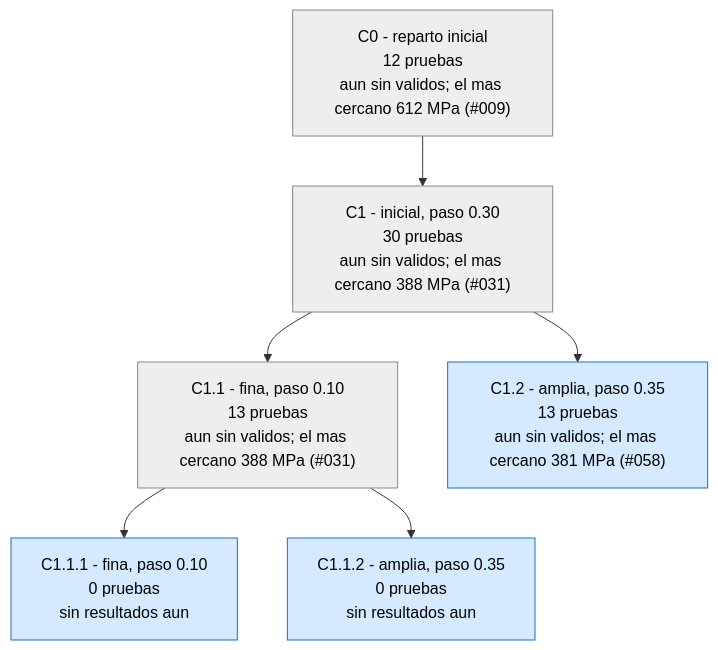
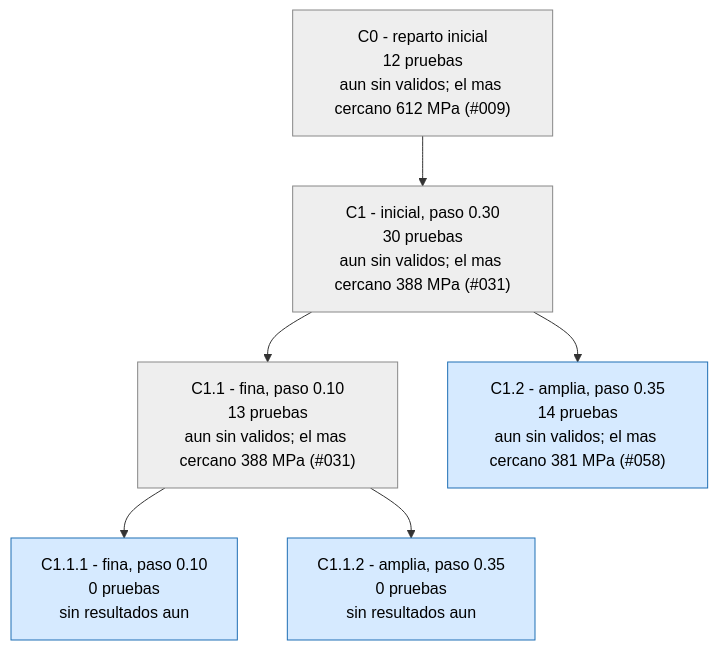
The third of 3 diagrams in runs/opt_37800N/ARBOL.md (Hugiko/msd-soporte-optimizacion), drawn with Mermaid before and after one commit. The commit also changed 14 other files, not shown here.

````diff
--- a/runs/opt_37800N/ARBOL.md
+++ b/runs/opt_37800N/ARBOL.md
@@ -71,17 +71,17 @@
 ```mermaid
 graph TD
 classDef activa fill:#d6eaff,stroke:#1f6fb5,color:#000
 classDef fin fill:#eeeeee,stroke:#888,color:#000
 classDef mejor fill:#c8f0c0,stroke:#1a9850,stroke-width:4px,color:#000
 C0["C0 - reparto inicial<br/>12 pruebas<br/>aun sin validos; el mas cercano 612 MPa (#009)"]:::fin
 C1["C1 - inicial, paso 0.30<br/>30 pruebas<br/>aun sin validos; el mas cercano 388 MPa (#031)"]:::fin
 C0 --> C1
 C1_1["C1.1 - fina, paso 0.10<br/>13 pruebas<br/>aun sin validos; el mas cercano 388 MPa (#031)"]:::fin
 C1 --> C1_1
-C1_2["C1.2 - amplia, paso 0.35<br/>13 pruebas<br/>aun sin validos; el mas cercano 381 MPa (#058)"]:::activa
+C1_2["C1.2 - amplia, paso 0.35<br/>14 pruebas<br/>aun sin validos; el mas cercano 381 MPa (#058)"]:::activa
 C1 --> C1_2
 C1_1_1["C1.1.1 - fina, paso 0.10<br/>0 pruebas<br/>sin resultados aun"]:::activa
 C1_1 --> C1_1_1
 C1_1_2["C1.1.2 - amplia, paso 0.35<br/>0 pruebas<br/>sin resultados aun"]:::activa
 C1_1 --> C1_1_2
 ```
````
